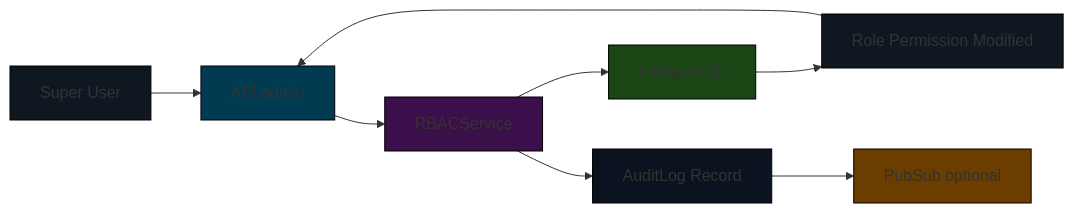
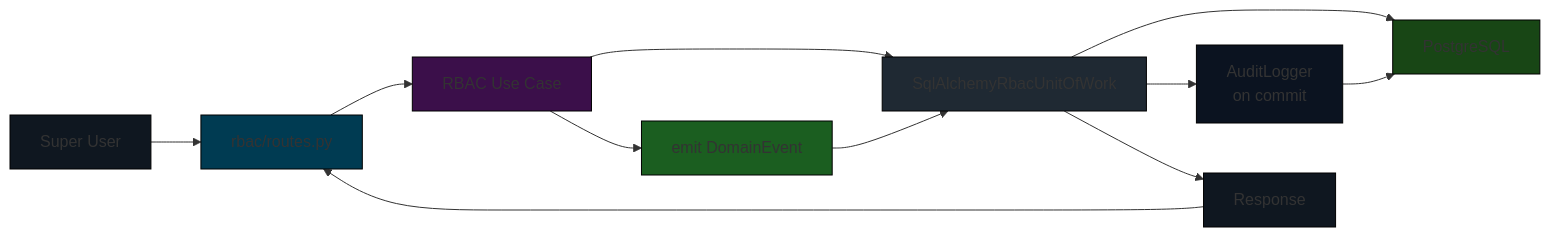
Before and after one commit to anaswaleedtahir/kosmos-ecommerce: the fifth of 6 diagrams in docs/01-system-architecture.md, drawn with Mermaid. The commit also changed other lines of this file and 3 other files, not shown here.

First line of the commit message:
docs: update architecture and data-model docs for hexagonal refactor

````diff
--- a/docs/01-system-architecture.md
+++ b/docs/01-system-architecture.md
@@ -305,19 +320,22 @@
 ```mermaid
 flowchart LR
-    Super[Super User] --> API_ADMIN[API admin]
-    API_ADMIN --> RBAC_SVC[RBACService]
-    RBAC_SVC --> PG[PostgreSQL]
-    PG --> ROLE_CHANGED[Role Permission Modified]
-    RBAC_SVC --> AUDIT[AuditLog Record]
-    AUDIT --> PUBSUB[PubSub optional]
-    ROLE_CHANGED --> API_ADMIN
+    Super[Super User] --> ADMIN_ROUTE[rbac/routes.py]
+    ADMIN_ROUTE --> RBAC_UC[RBAC Use Case]
+    RBAC_UC --> UOW_RBAC[SqlAlchemyRbacUnitOfWork]
+    UOW_RBAC --> PG[PostgreSQL]
+    RBAC_UC --> EVENT[emit DomainEvent]
+    EVENT --> UOW_RBAC
+    UOW_RBAC --> AUDIT[AuditLogger<br/>on commit]
+    AUDIT --> PG
+    UOW_RBAC --> RESPONSE[Response]
+    RESPONSE --> ADMIN_ROUTE
 
     style Super fill:#0f1720,stroke:#000
-    style API_ADMIN fill:#003b52,stroke:#000
-    style RBAC_SVC fill:#3b0f4a,stroke:#000
+    style ADMIN_ROUTE fill:#003b52,stroke:#000
+    style RBAC_UC fill:#3b0f4a,stroke:#000
+    style UOW_RBAC fill:#1f2933,stroke:#000
     style PG fill:#184615,stroke:#000
-    style ROLE_CHANGED fill:#0f1720,stroke:#000
+    style EVENT fill:#1b5e20,stroke:#000
     style AUDIT fill:#0b1320,stroke:#000
-    style PUBSUB fill:#6b3e00,stroke:#000
-
+    style RESPONSE fill:#0f1720,stroke:#000
 ```
````
